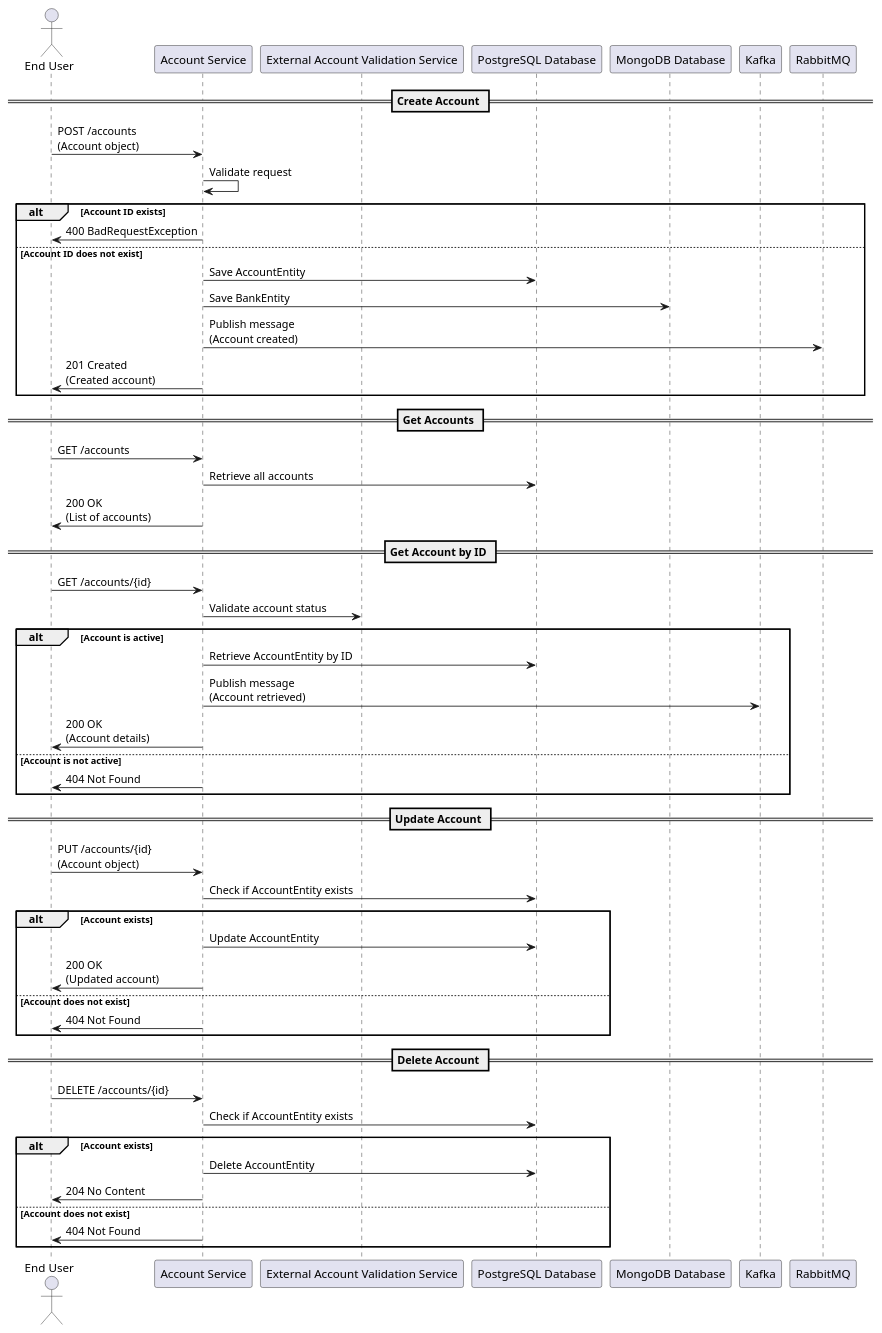
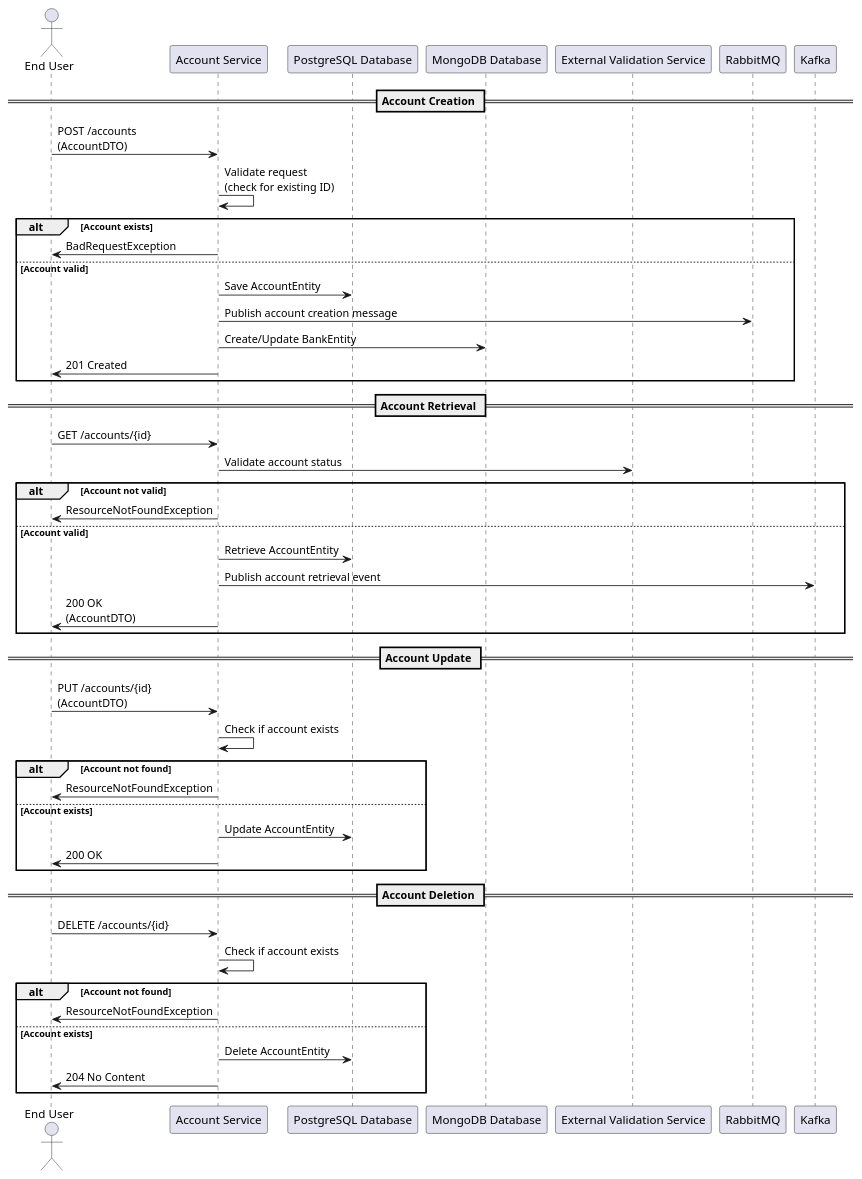
Before and after one commit to Bhaskar-Pavan/AccountService: the diagram in design_document/Account_service.md, drawn with PlantUML. The commit also changed other lines of this file, not shown here.

````diff
--- a/design_document/Account_service.md
+++ b/design_document/Account_service.md
@@ -39,60 +37,55 @@
 ```plantuml
 @startuml
 actor "End User" as User
 participant "Account Service" as Service
-participant "External Account Validation Service" as ValidationService
-participant "PostgreSQL Database" as PostgreSQL
+participant "PostgreSQL Database" as PGDB
 participant "MongoDB Database" as MongoDB
+participant "External Validation Service" as ValidationService
+participant "RabbitMQ" as RabbitMQ
 participant "Kafka" as Kafka
-participant "RabbitMQ" as RabbitMQ
 
-== Create Account ==
-User -> Service: POST /accounts\n(Account object)
-Service -> Service: Validate request
-alt Account ID exists
-    Service -> User: 400 BadRequestException
-else Account ID does not exist
-    Service -> PostgreSQL: Save AccountEntity
-    Service -> MongoDB: Save BankEntity
-    Service -> RabbitMQ: Publish message\n(Account created)
-    Service -> User: 201 Created\n(Created account)
+== Account Creation ==
+User -> Service: POST /accounts\n(AccountDTO)
+Service -> Service: Validate request\n(check for existing ID)
+alt Account exists
+    Service -> User: BadRequestException
+else Account valid
+    Service -> PGDB: Save AccountEntity
+    Service -> RabbitMQ: Publish account creation message
+    Service -> MongoDB: Create/Update BankEntity
+    Service -> User: 201 Created
 end
 
-== Get Accounts ==
-User -> Service: GET /accounts
-Service -> PostgreSQL: Retrieve all accounts
-Service -> User: 200 OK\n(List of accounts)
-
-== Get Account by ID ==
+== Account Retrieval ==
 User -> Service: GET /accounts/{id}
 Service -> ValidationService: Validate account status
-alt Account is active
-    Service -> PostgreSQL: Retrieve AccountEntity by ID
-    Service -> Kafka: Publish message\n(Account retrieved)
-    Service -> User: 200 OK\n(Account details)
-else Account is not active
-    Service -> User: 404 Not Found
+alt Account not valid
+    Service -> User: ResourceNotFoundException
+else Account valid
+    Service -> PGDB: Retrieve AccountEntity
+    Service -> Kafka: Publish account retrieval event
+    Service -> User: 200 OK\n(AccountDTO)
 end
 
-== Update Account ==
-User -> Service: PUT /accounts/{id}\n(Account object)
-Service -> PostgreSQL: Check if AccountEntity exists
-alt Account exists
-    Service -> PostgreSQL: Update AccountEntity
-    Service -> User: 200 OK\n(Updated account)
-else Account does not exist
-    Service -> User: 404 Not Found
+== Account Update ==
+User -> Service: PUT /accounts/{id}\n(AccountDTO)
+Service -> Service: Check if account exists
+alt Account not found
+    Service -> User: ResourceNotFoundException
+else Account exists
+    Service -> PGDB: Update AccountEntity
+    Service -> User: 200 OK
 end
 
-== Delete Account ==
+== Account Deletion ==
 User -> Service: DELETE /accounts/{id}
-Service -> PostgreSQL: Check if AccountEntity exists
-alt Account exists
-    Service -> PostgreSQL: Delete AccountEntity
+Service -> Service: Check if account exists
+alt Account not found
+    Service -> User: ResourceNotFoundException
+else Account exists
+    Service -> PGDB: Delete AccountEntity
     Service -> User: 204 No Content
-else Account does not exist
-    Service -> User: 404 Not Found
 end
 
 @enduml
 ```
````
